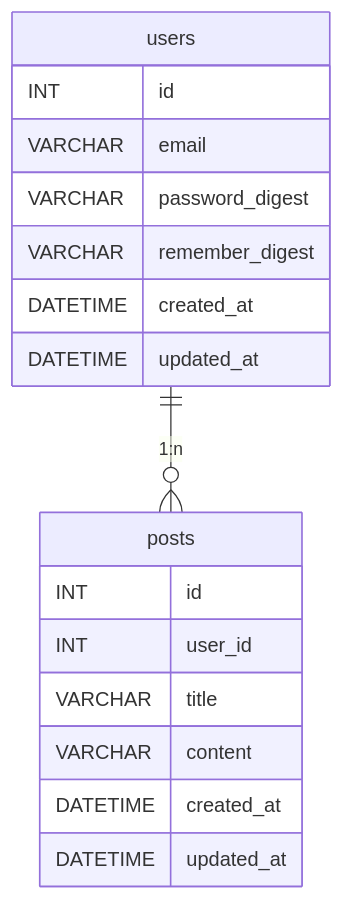
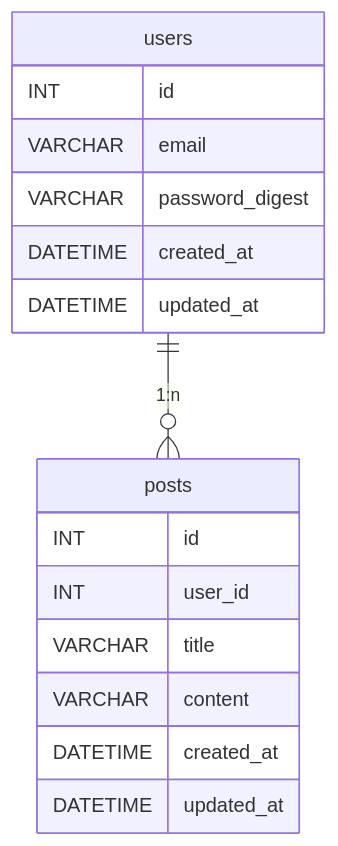
One commit to ok-os-job-change-team/tetsuya-twitter-clone-bootcamp changed the diagram in er_diagram.md. Above: the diagram before and after it, drawn with Mermaid. The commit also changed 5 other files, not shown here.

````diff
--- a/er_diagram.md
+++ b/er_diagram.md
@@ -1,24 +1,23 @@
 ```mermaid
 erDiagram
 
 %% 1:0or多
 users ||--o{ posts: "1:n"
 
 users {
   INT id
   VARCHAR email
   VARCHAR password_digest
-  VARCHAR remember_digest
   DATETIME created_at
   DATETIME updated_at
 }
 
 posts {
   INT id
   INT user_id
   VARCHAR title
   VARCHAR content
   DATETIME created_at
   DATETIME updated_at
 }
 ```
````
